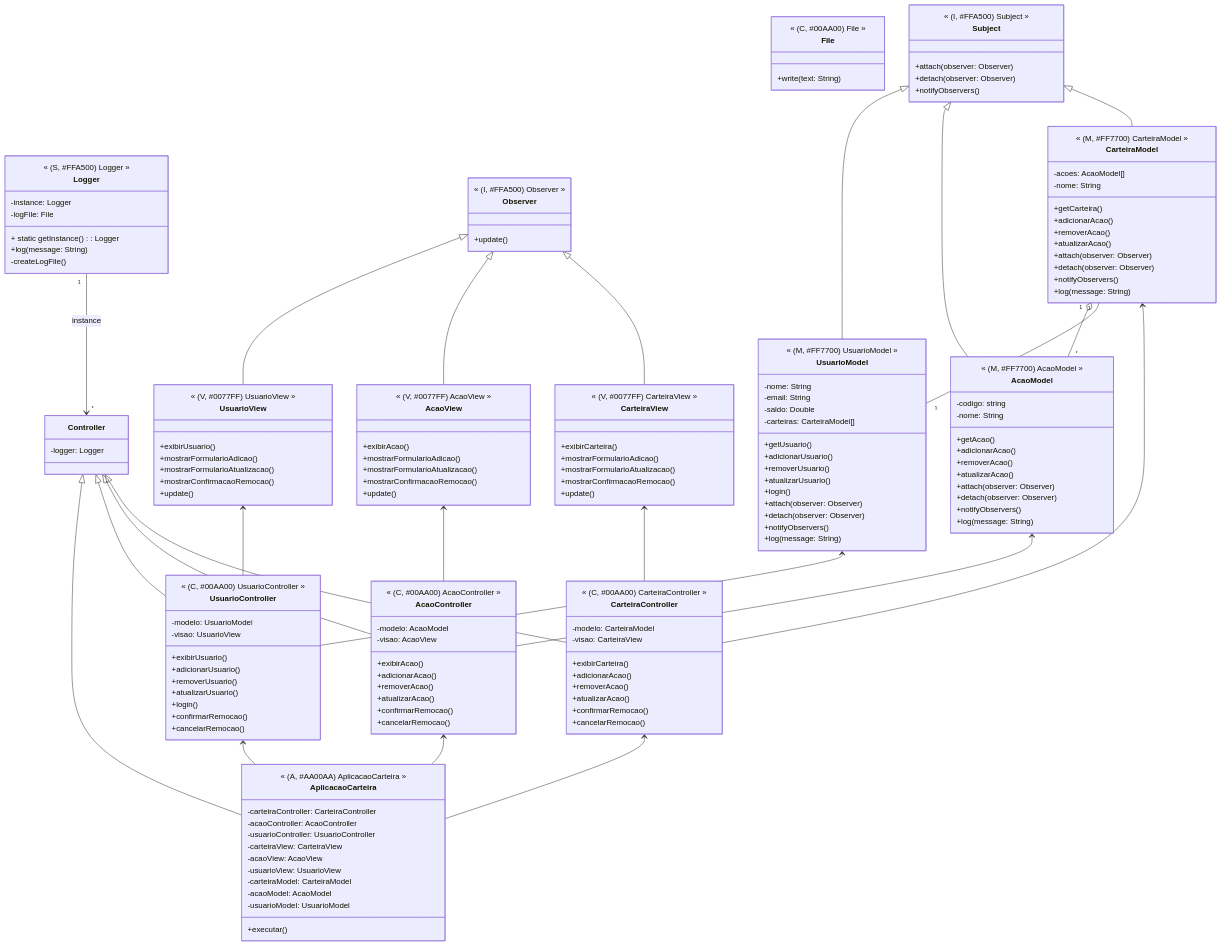
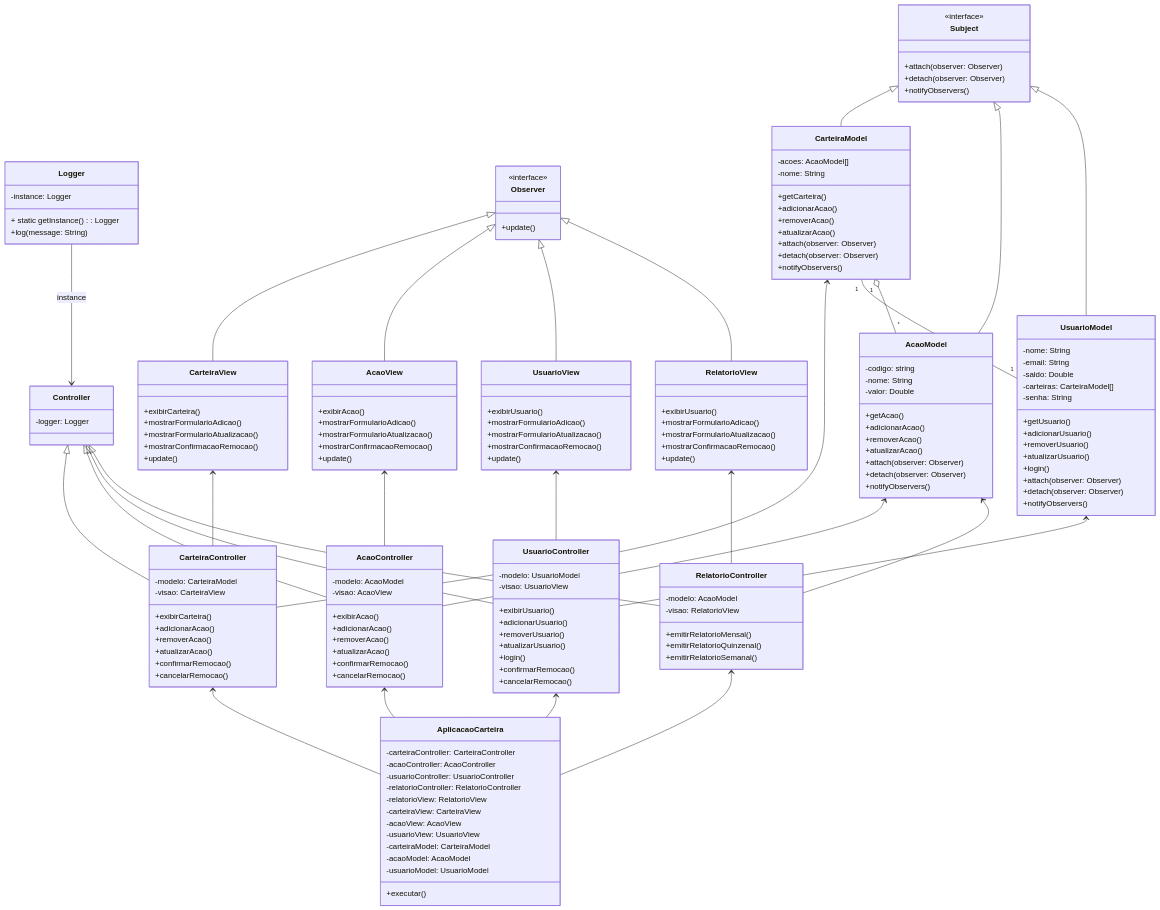
One commit to cesarapires/software-engineering changed the diagram in doc/mvc.md. Above: the diagram before and after it, drawn with Mermaid.

Commit message:
Ajustes para apresentação

````diff
--- a/doc/mvc.md
+++ b/doc/mvc.md
@@ -2,33 +2,24 @@
 classDiagram
 
   class Logger {
-    << (S, #FFA500) Logger >>
     -instance: Logger
-    -logFile: File
     + static getInstance(): Logger
     +log(message: String)
-    -createLogFile()
-  }
-
-  class File {
-    << (C, #00AA00) File >>
-    +write(text: String)
   }
 
   class Observer {
-    << (I, #FFA500) Observer >>
+    <<interface>>
     +update()
   }
 
   class Subject {
-    << (I, #FFA500) Subject >>
+    <<interface>>
     +attach(observer: Observer)
     +detach(observer: Observer)
     +notifyObservers()
   }
 
   class CarteiraModel {
-    << (M, #FF7700) CarteiraModel >>
     -acoes: AcaoModel[]
     -nome: String
     +getCarteira()
@@ -38,11 +29,9 @@
     +attach(observer: Observer)
     +detach(observer: Observer)
     +notifyObservers()
-    +log(message: String)
   }
 
   class CarteiraView {
-    << (V, #0077FF) CarteiraView >>
     +exibirCarteira()
     +mostrarFormularioAdicao()
     +mostrarFormularioAtualizacao()
@@ -51,7 +40,6 @@
   }
 
   class CarteiraController {
-    << (C, #00AA00) CarteiraController >>
     -modelo: CarteiraModel
     -visao: CarteiraView
     +exibirCarteira()
@@ -63,9 +51,9 @@
   }
 
   class AcaoModel {
-    << (M, #FF7700) AcaoModel >>
     -codigo: string
     -nome: String
+    -valor: Double
     +getAcao()
     +adicionarAcao()
     +removerAcao()
@@ -73,11 +61,9 @@
     +attach(observer: Observer)
     +detach(observer: Observer)
     +notifyObservers()
-    +log(message: String)
   }
 
   class AcaoView {
-    << (V, #0077FF) AcaoView >>
     +exibirAcao()
     +mostrarFormularioAdicao()
     +mostrarFormularioAtualizacao()
@@ -86,7 +72,6 @@
   }
 
   class AcaoController {
-    << (C, #00AA00) AcaoController >>
     -modelo: AcaoModel
     -visao: AcaoView
     +exibirAcao()
@@ -98,11 +83,11 @@
   }
 
   class UsuarioModel {
-    << (M, #FF7700) UsuarioModel >>
     -nome: String
     -email: String
     -saldo: Double
     -carteiras: CarteiraModel[]
+    -senha: String
     +getUsuario()
     +adicionarUsuario()
     +removerUsuario()
@@ -111,11 +96,9 @@
     +attach(observer: Observer)
     +detach(observer: Observer)
     +notifyObservers()
-    +log(message: String)
   }
 
   class UsuarioView {
-    << (V, #0077FF) UsuarioView >>
     +exibirUsuario()
     +mostrarFormularioAdicao()
     +mostrarFormularioAtualizacao()
@@ -124,7 +107,6 @@
   }
 
   class UsuarioController {
-    << (C, #00AA00) UsuarioController >>
     -modelo: UsuarioModel
     -visao: UsuarioView
     +exibirUsuario()
@@ -136,15 +118,32 @@
     +cancelarRemocao()
   }
 
+  class RelatorioView {
+    +exibirUsuario()
+    +mostrarFormularioAdicao()
+    +mostrarFormularioAtualizacao()
+    +mostrarConfirmacaoRemocao()
+    +update()
+  }
+
+  class RelatorioController {
+    -modelo: AcaoModel
+    -visao: RelatorioView
+    +emitirRelatorioMensal()
+    +emitirRelatorioQuinzenal()
+    +emitirRelatorioSemanal()
+  }
+
   class Controller {
     -logger: Logger
   }
 
   class AplicacaoCarteira {
-    << (A, #AA00AA) AplicacaoCarteira >>
     -carteiraController: CarteiraController
     -acaoController: AcaoController
     -usuarioController: UsuarioController
+    -relatorioController: RelatorioController
+    -relatorioView: RelatorioView
     -carteiraView: CarteiraView
     -acaoView: AcaoView
     -usuarioView: UsuarioView
@@ -157,6 +156,7 @@
   Observer <|-- CarteiraView
   Observer <|-- AcaoView
   Observer <|-- UsuarioView
+  Observer <|-- RelatorioView
 
   Subject <|-- CarteiraModel
   Subject <|-- AcaoModel
@@ -165,7 +165,7 @@
   Controller <|-- CarteiraController
   Controller <|-- AcaoController
   Controller <|-- UsuarioController
-  Controller <|-- AplicacaoCarteira
+  Controller <|-- RelatorioController
 
   CarteiraModel <-- CarteiraController
   CarteiraView <-- CarteiraController
@@ -178,13 +178,12 @@
   UsuarioModel <-- UsuarioController
   UsuarioView <-- UsuarioController
   UsuarioController <-- AplicacaoCarteira
+
+  AcaoModel <-- RelatorioController
+  RelatorioView <-- RelatorioController
+  RelatorioController <-- AplicacaoCarteira
   
-
   CarteiraModel "1" -- "1" UsuarioModel
   CarteiraModel "1" o-- "*" AcaoModel
-  Logger "1" --> "*" Controller: instance
-  
-
-
-
+  Logger --> Controller: instance
 ```
````
